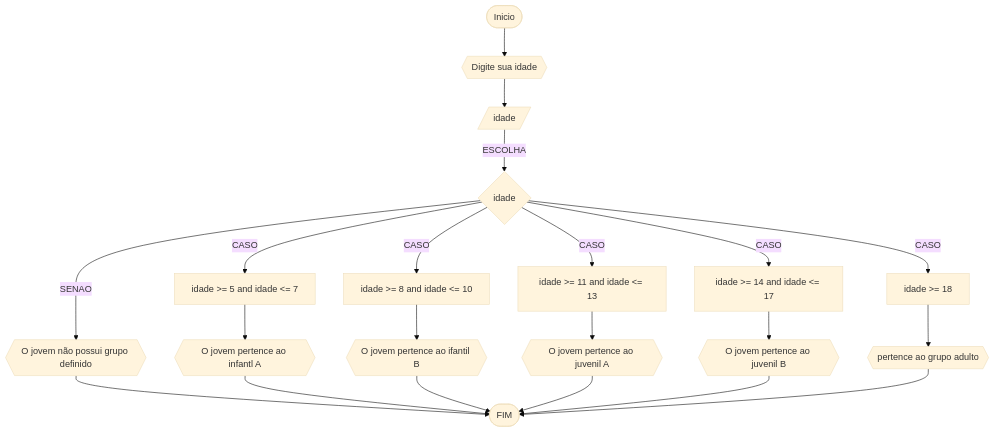
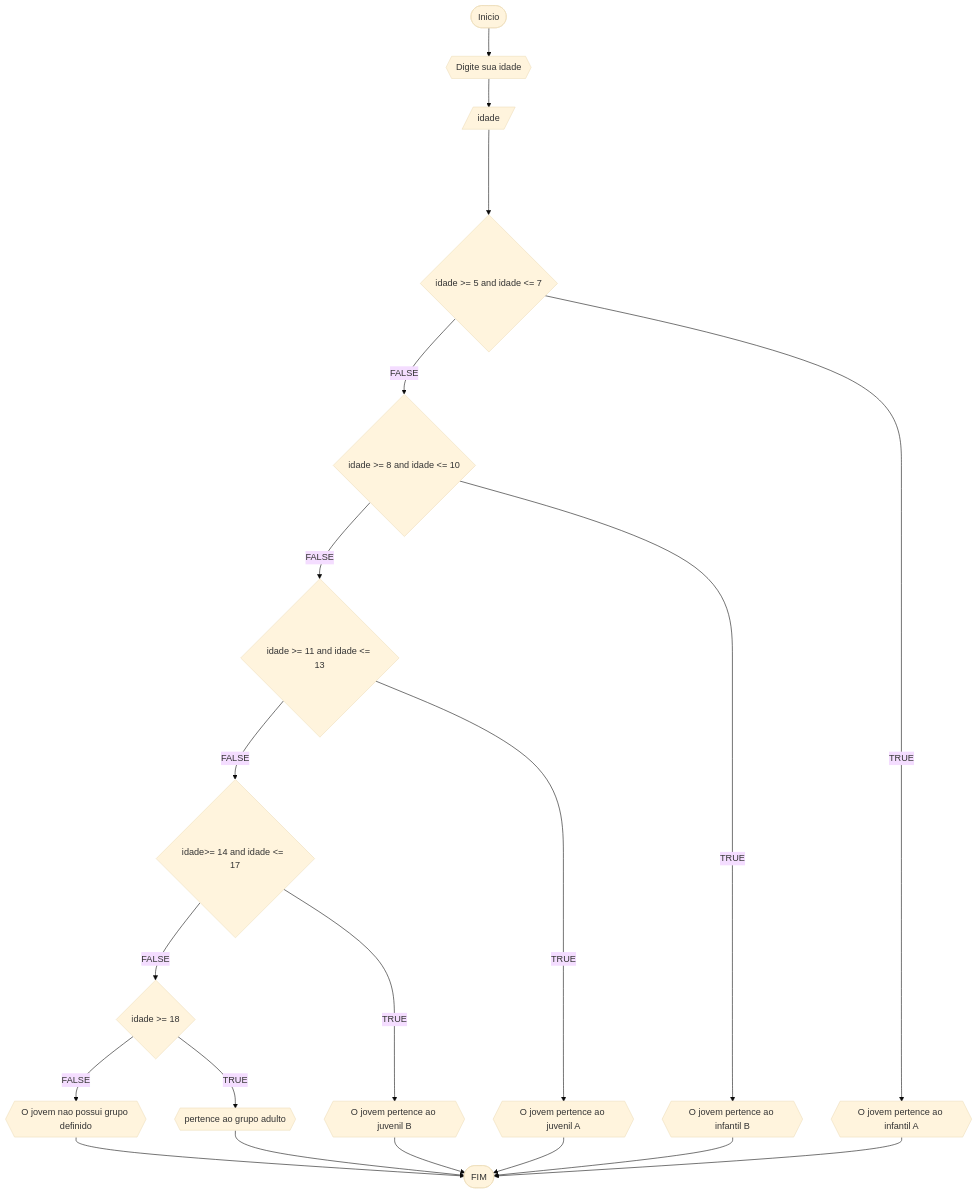
The fourth of 4 diagrams in RLB/lista2_exercicios.md (paaiva/UNIFOR2), drawn with Mermaid (base theme) before and after one commit. The commit also changed other lines of this file, not shown here.

````diff
--- a/RLB/lista2_exercicios.md
+++ b/RLB/lista2_exercicios.md
@@ -139,23 +157,28 @@
 ```mermaid
 flowchart TD
 A([Inicio])-->B{{Digite sua idade}}
 B-->C[/idade/]
-C--ESCOLHA-->D{idade}
-D--SENAO-->P{{O jovem não possui grupo definido}}
-P-->G
-D--CASO-->E[idade >= 5 and idade <= 7]
-E-->F{{O jovem pertence ao infantl A}}
-F-->G([FIM])
-D--CASO-->H[idade >= 8 and idade <= 10]
-H-->I{{O jovem pertence ao ifantil B}}
-I-->G
-D--CASO-->J[idade >= 11 and idade <= 13]
-J-->K{{O jovem pertence ao juvenil A}}
-K-->G
-D--CASO-->L[idade >= 14 and idade <= 17]
-L-->M{{O jovem pertence ao juvenil B}}
-M-->G
-D--CASO-->N[idade >= 18]
-N-->O{{pertence ao grupo adulto}}
-O-->G
+C---->D{idade >= 5 and idade <= 7}
+
+D--FALSE-->G{idade >= 8 and idade <= 10}
+
+G--FALSE -->I{idade >= 11 and idade <= 13}
+
+I--FALSE-->K{idade>= 14 and idade <=  17}
+
+K--FALSE-->M{idade >= 18}
+
+M--FALSE-->O{{O jovem nao possui grupo definido}}
+O-->F
+D--TRUE-->E{{O jovem pertence ao infantil A}}
+E-->F([FIM])
+G--TRUE-->H{{O jovem pertence ao infantil B}}
+H-->F
+I--TRUE-->J{{O jovem pertence ao juvenil A}}
+J-->F
+
+K--TRUE-->L{{O jovem pertence ao juvenil B}}
+L-->F
+M--TRUE-->N{{pertence ao grupo adulto}}
+N-->F
 ```
````
